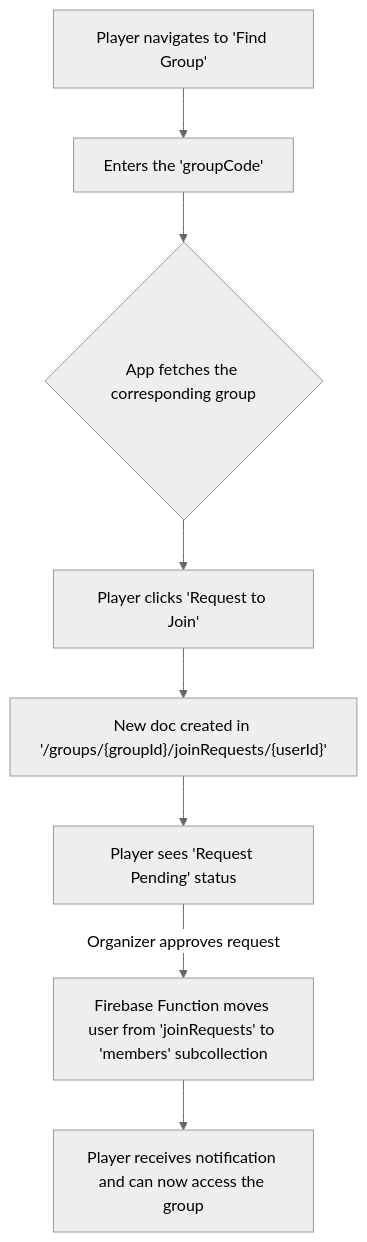
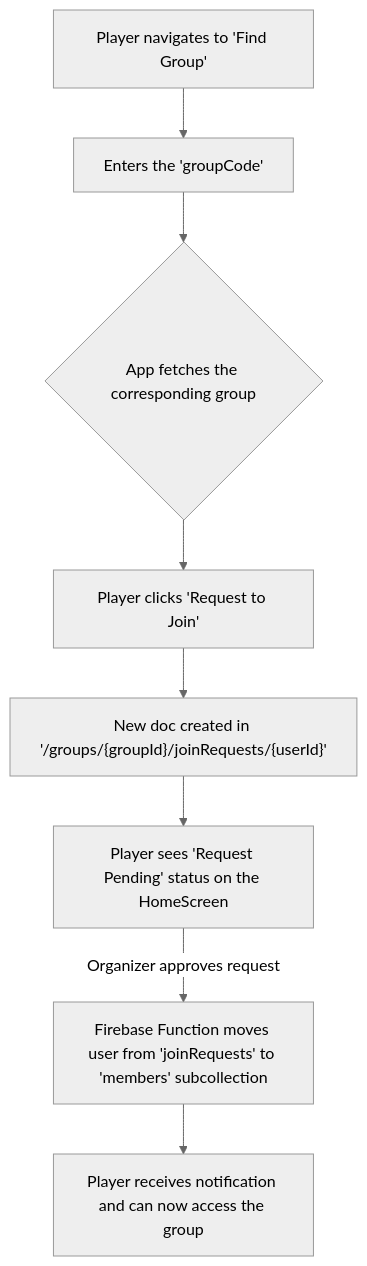
Before and after one commit to amitrke/getspot: the third of 5 diagrams in docs/USER_JOURNEYS.md, drawn with Mermaid (neutral theme). The commit also changed 2 other files, not shown here.

Commit message:
feat: implement join group functionality with modal and Firestore integration

````diff
--- a/docs/USER_JOURNEYS.md
+++ b/docs/USER_JOURNEYS.md
@@ -63,10 +63,10 @@
 ```mermaid
 graph TD
     A[Player navigates to 'Find Group'] --> B[Enters the 'groupCode'];
     B --> C{App fetches the corresponding group};
     C --> D[Player clicks 'Request to Join'];
     D --> E["New doc created in '/groups/{groupId}/joinRequests/{userId}'"];
-    E --> F[Player sees 'Request Pending' status];
+    E --> F[Player sees 'Request Pending' status on the HomeScreen];
     F -->|Organizer approves request| G[Firebase Function moves user from 'joinRequests' to 'members' subcollection];
     G --> H[Player receives notification and can now access the group];
 ```
````
